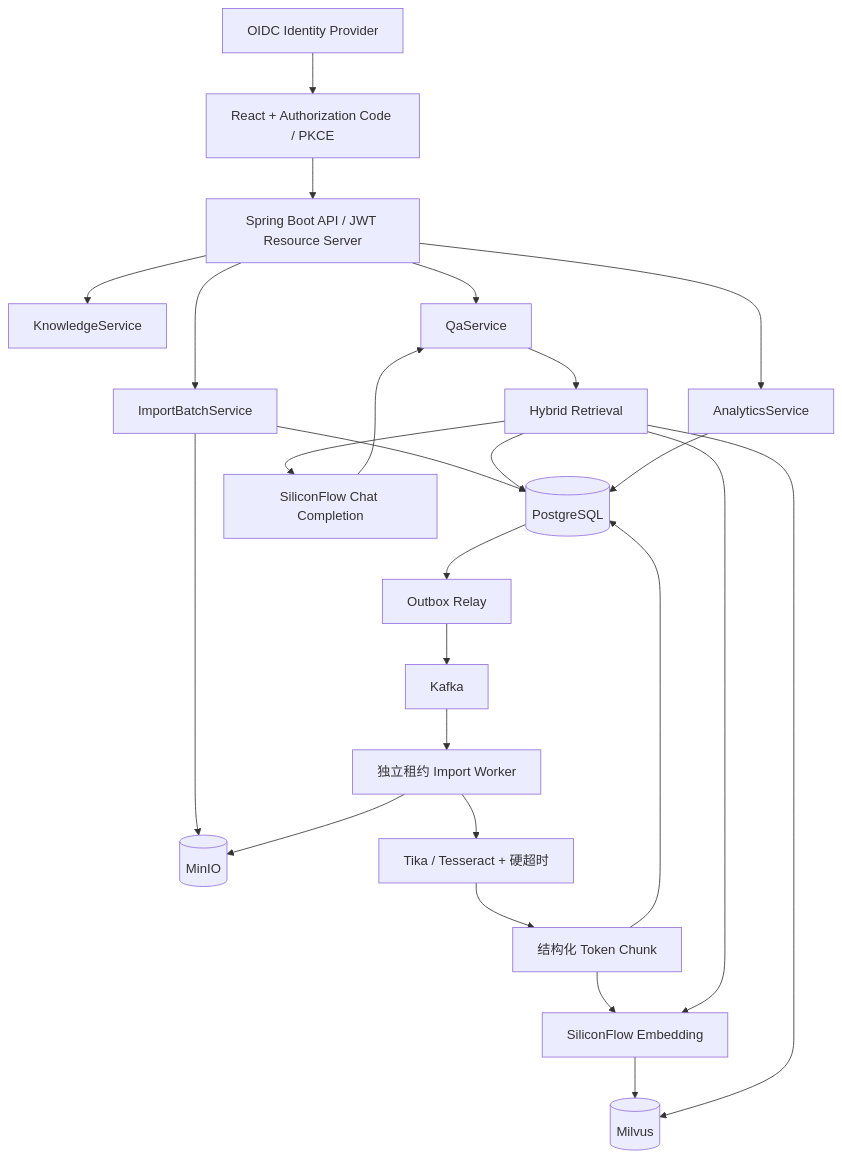
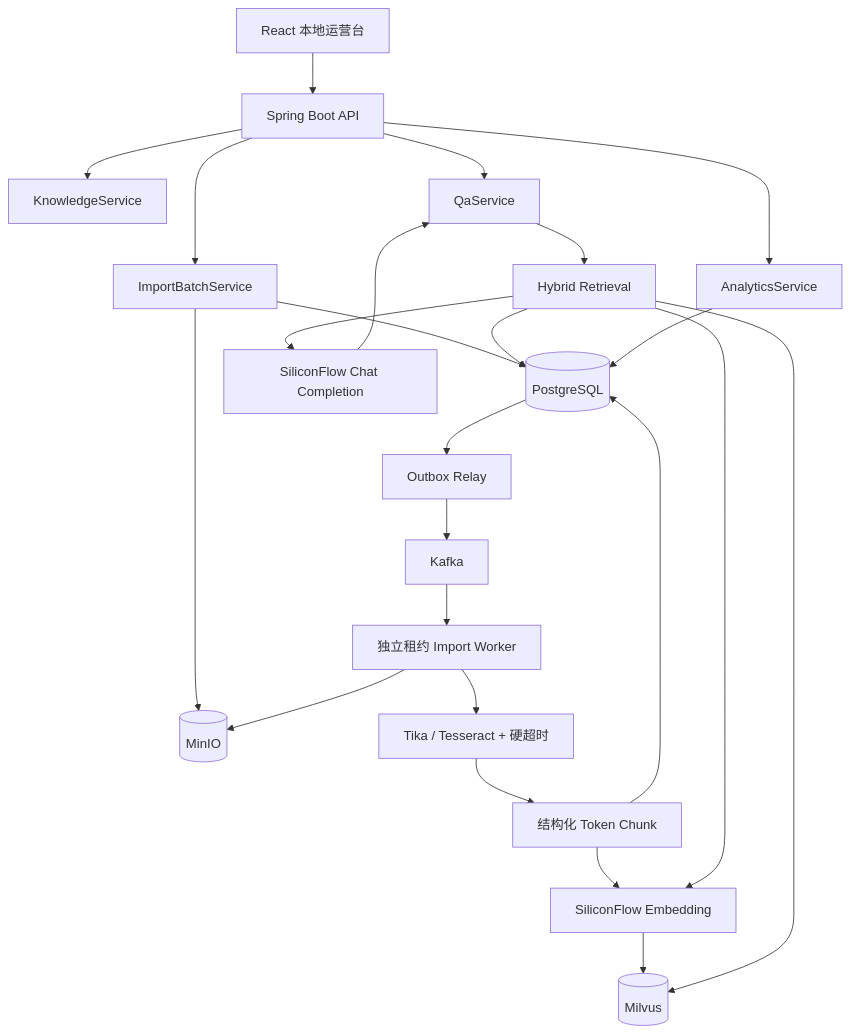
Before and after one commit to bingo-wz/MyRAG: the first of 2 diagrams in docs/ARCHITECTURE.md, drawn with Mermaid. The commit also changed other lines of this file and 52 other files, not shown here.

````diff
--- a/docs/ARCHITECTURE.md
+++ b/docs/ARCHITECTURE.md
@@ -5,29 +5,28 @@
 ```mermaid
 flowchart TB
-    OIDC["OIDC Identity Provider"] --> UI["React + Authorization Code / PKCE"]
-    UI --> API["Spring Boot API / JWT Resource Server"]
+    UI["React 本地运营台"] --> API["Spring Boot API"]
     API --> KM["KnowledgeService"]
     API --> IM["ImportBatchService"]
     API --> QA["QaService"]
     API --> AN["AnalyticsService"]
 
     IM --> MINIO[("MinIO")]
     IM --> PG[("PostgreSQL")]
     PG --> OUTBOX["Outbox Relay"]
     OUTBOX --> KAFKA["Kafka"]
     KAFKA --> LEASE["独立租约 Import Worker"]
     LEASE --> MINIO
     LEASE --> TIKA["Tika / Tesseract + 硬超时"]
     TIKA --> CHUNK["结构化 Token Chunk"]
     CHUNK --> EMB["SiliconFlow Embedding"]
     EMB --> MILVUS[("Milvus")]
     CHUNK --> PG
 
     QA --> RET["Hybrid Retrieval"]
     RET --> EMB
     RET --> MILVUS
     RET --> PG
     RET --> LLM["SiliconFlow Chat Completion"]
     LLM --> QA
     AN --> PG
 ```
````
